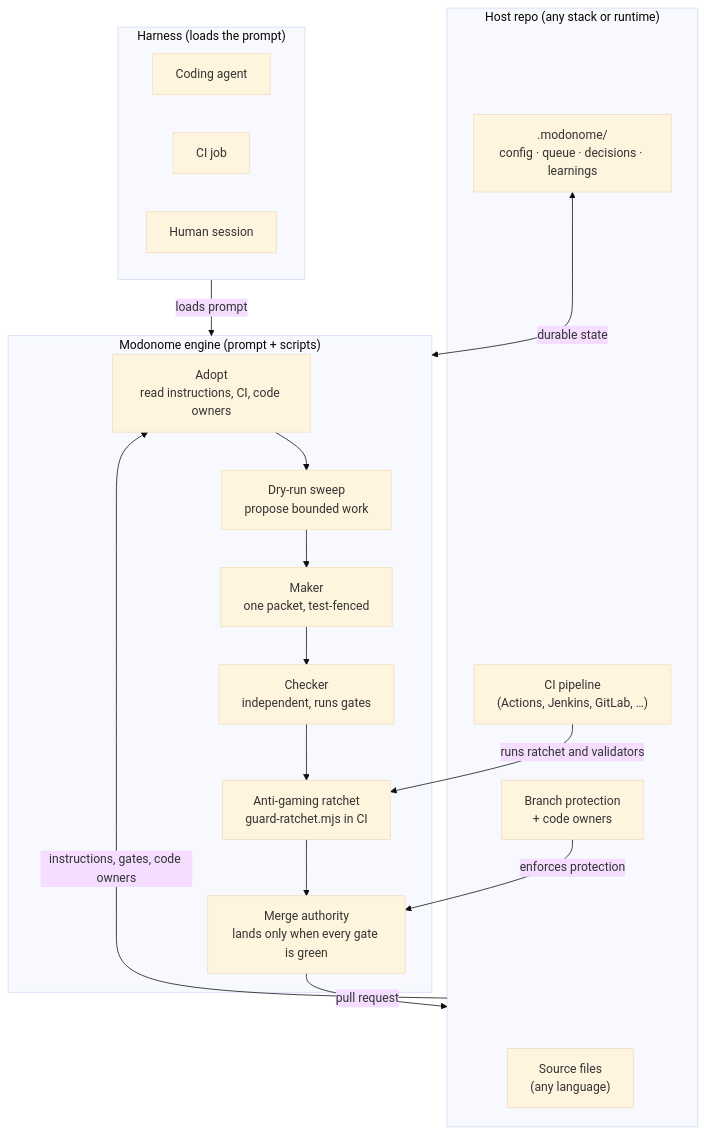
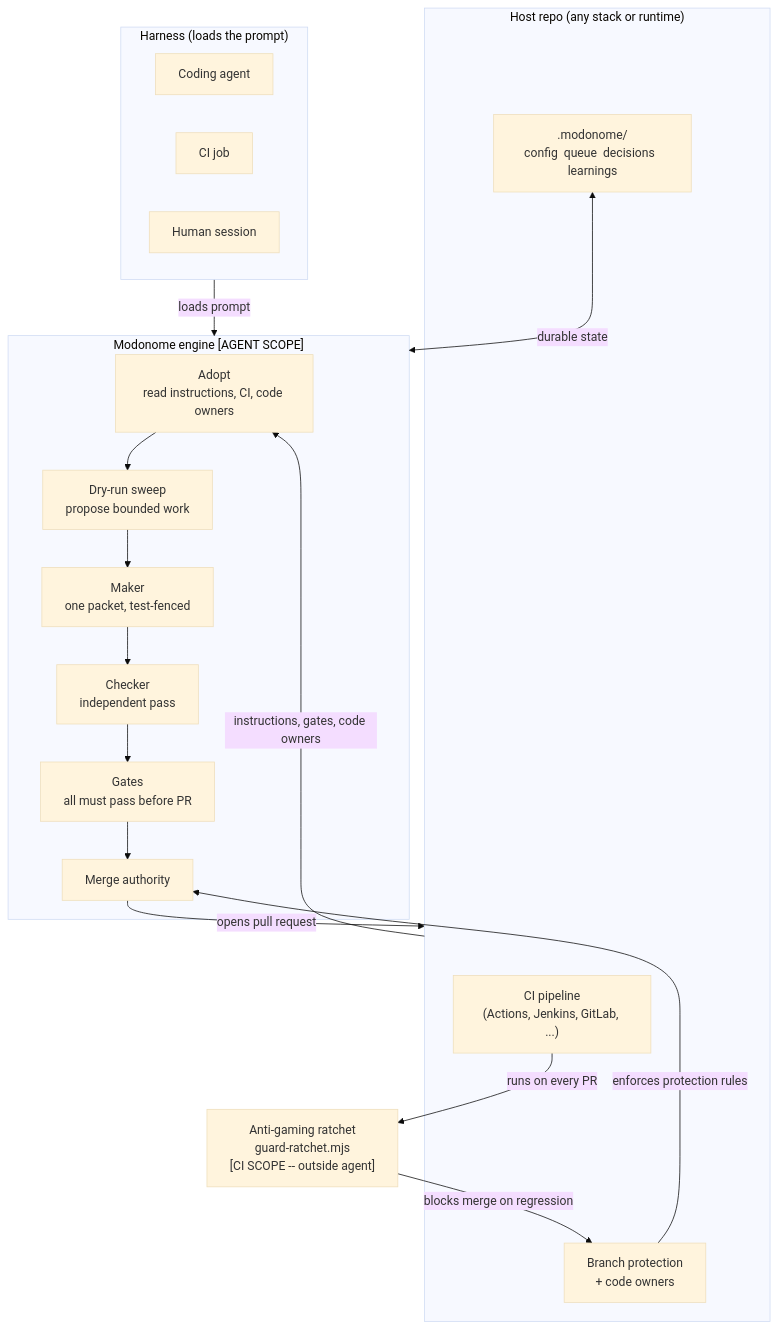
One commit to enumind/modonome changed the second of 4 diagrams in ARCHITECTURE.md. Above: the diagram before and after it, drawn with Mermaid (base theme). The commit also changed other lines of this file and 8 other files, not shown here.

First line of the commit message:
docs: rewrite ARCHITECTURE.md diagrams and file ADR-006 through ADR-013

````diff
--- a/ARCHITECTURE.md
+++ b/ARCHITECTURE.md
@@ -50,36 +63,38 @@
 ```mermaid
 flowchart TB
   subgraph host ["Host repo (any stack or runtime)"]
-    src["Source files\n(any language)"]
-    ci["CI pipeline\n(Actions, Jenkins, GitLab, …)"]
+    ci["CI pipeline\n(Actions, Jenkins, GitLab, ...)"]
     bp["Branch protection\n+ code owners"]
-    sd[".modonome/\nconfig · queue · decisions · learnings"]
+    sd[".modonome/\nconfig  queue  decisions  learnings"]
   end
 
   subgraph harness ["Harness (loads the prompt)"]
     h1["Coding agent"]
     h2["CI job"]
     h3["Human session"]
   end
 
-  subgraph engine ["Modonome engine (prompt + scripts)"]
+  subgraph engine ["Modonome engine  [AGENT SCOPE]"]
     adopt["Adopt\nread instructions, CI, code owners"]
     sweep["Dry-run sweep\npropose bounded work"]
     maker["Maker\none packet, test-fenced"]
-    checker["Checker\nindependent, runs gates"]
-    ratchet["Anti-gaming ratchet\nguard-ratchet.mjs in CI"]
-    merge["Merge authority\nlands only when every gate is green"]
+    checker["Checker\nindependent pass"]
+    gates["Gates\nall must pass before PR"]
+    merge["Merge authority"]
   end
 
+  ratchet["Anti-gaming ratchet\nguard-ratchet.mjs\n[CI SCOPE -- outside agent]"]
+
   harness -->|loads prompt| engine
+  sd <-->|durable state| engine
   host -->|instructions, gates, code owners| adopt
   adopt --> sweep
   sweep --> maker
   maker --> checker
-  checker --> ratchet
-  ratchet --> merge
-  merge -->|pull request| host
-  sd <-->|durable state| engine
-  ci -->|runs ratchet and validators| ratchet
-  bp -->|enforces protection| merge
+  checker --> gates
+  gates --> merge
+  merge -->|opens pull request| host
+  ci -->|runs on every PR| ratchet
+  ratchet -->|blocks merge on regression| bp
+  bp -->|enforces protection rules| merge
 ```
````
